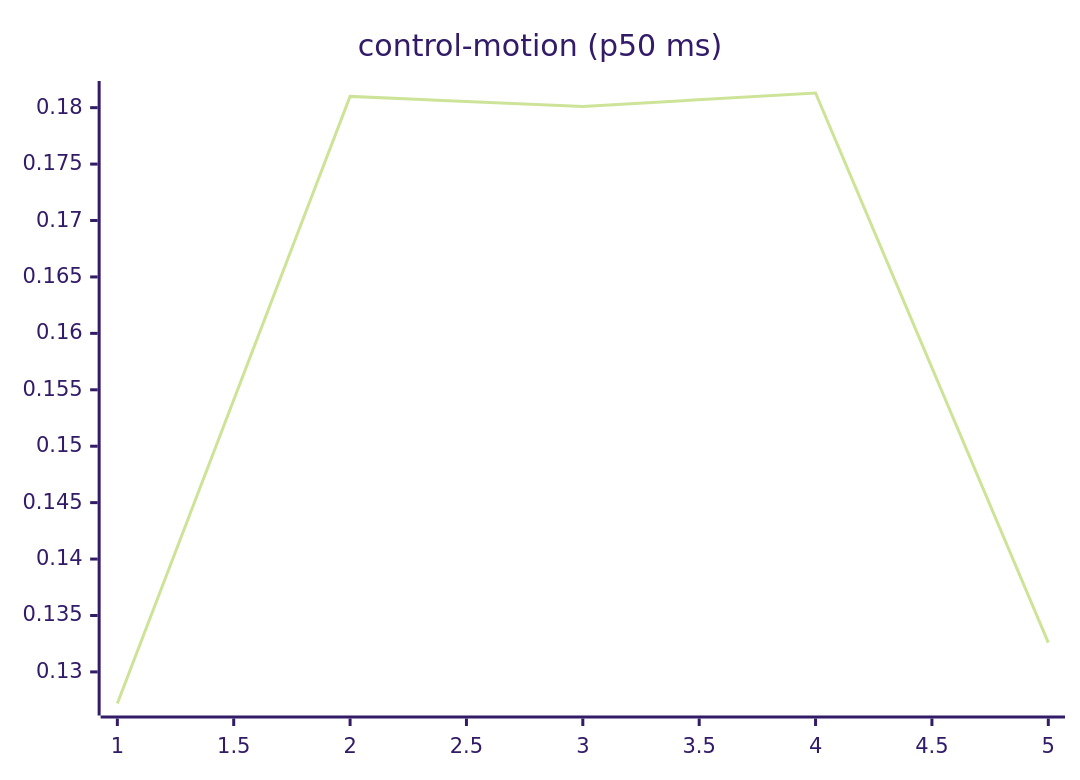
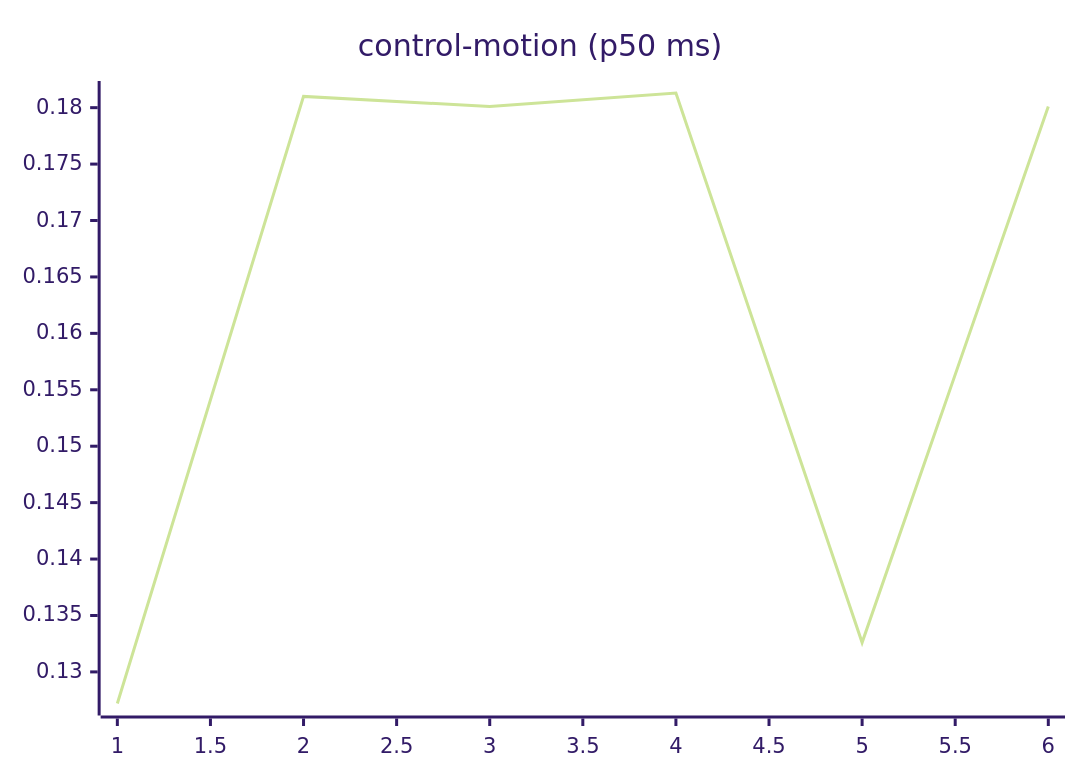
One commit to josha/Facet changed the seventh of 27 diagrams in README.md. Above: the diagram before and after it, drawn with Mermaid (forest theme). The commit also changed other lines of this file and 2 other files, not shown here.

````diff
--- a/README.md
+++ b/README.md
@@ -105,6 +105,6 @@
 ```mermaid
 xychart-beta
     title "control-motion (p50 ms)"
-    x-axis 1 --> 5
-    line [0.1272, 0.1810, 0.1801, 0.1813, 0.1326]
+    x-axis 1 --> 6
+    line [0.1272, 0.1810, 0.1801, 0.1813, 0.1326, 0.1801]
 ```
````
